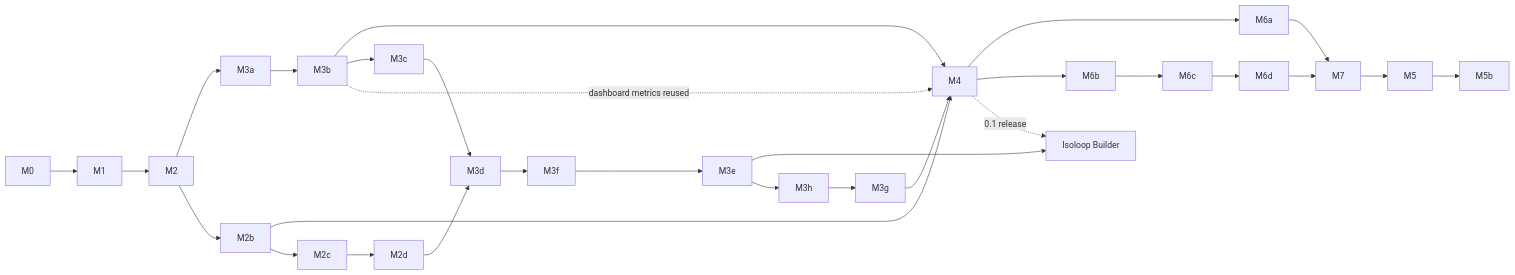
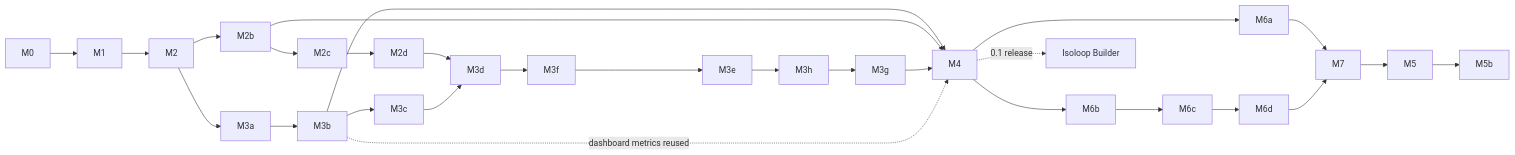
One commit to isoloop/isoloop changed the diagram in docs/plans/README.md. Above: the diagram before and after it, drawn with Mermaid. The commit also changed other lines of this file and 4 other files, not shown here.

````diff
--- a/docs/plans/README.md
+++ b/docs/plans/README.md
@@ -36,13 +36,12 @@
 ```mermaid
 flowchart LR
   M0 --> M1 --> M2 --> M3a --> M3b --> M4
   M2 --> M2b --> M4
   M4 --> M6a & M6b
   M6b --> M6c --> M6d
   M6a & M6d --> M7 --> M5 --> M5b
-  M3e --> Builder["Isoloop Builder"]
-  M4 -. "0.1 release" .-> Builder
+  M4 -. "0.1 release" .-> Builder["Isoloop Builder"]
   M2b --> M2c --> M2d --> M3d --> M3f --> M3e --> M3h --> M3g --> M4
   M3b --> M3c --> M3d
   M3b -. "dashboard metrics reused" .-> M4
 ```
````
